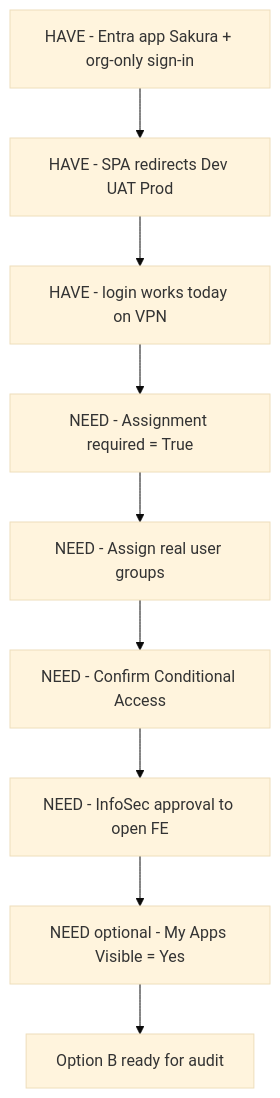
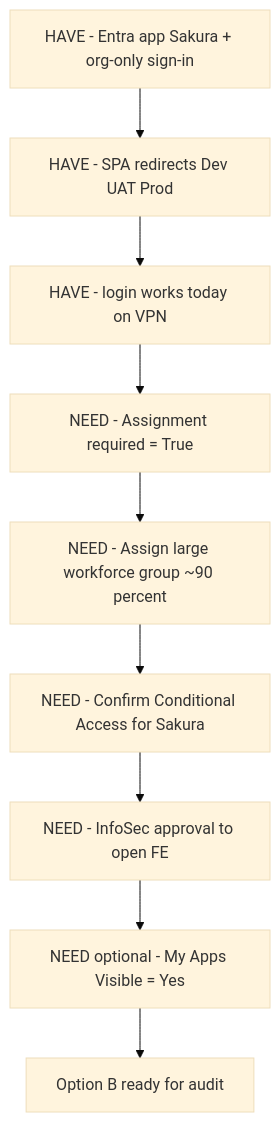
Before and after one commit to shashankdkte/dev-drop: the fourth of 9 diagrams in sakura-v2/public/fe1.md, drawn with Mermaid (base theme). The commit also changed other lines of this file, not shown here.

````diff
--- a/sakura-v2/public/fe1.md
+++ b/sakura-v2/public/fe1.md
@@ -72,12 +126,12 @@
 ```mermaid
 flowchart TB
   H1[HAVE - Entra app Sakura + org-only sign-in]
   H1 --> H2[HAVE - SPA redirects Dev UAT Prod]
   H2 --> H3[HAVE - login works today on VPN]
   H3 --> N1[NEED - Assignment required = True]
-  N1 --> N2[NEED - Assign real user groups]
-  N2 --> N3[NEED - Confirm Conditional Access]
+  N1 --> N2[NEED - Assign large workforce group ~90 percent]
+  N2 --> N3[NEED - Confirm Conditional Access for Sakura]
   N3 --> N4[NEED - InfoSec approval to open FE]
   N4 --> N5[NEED optional - My Apps Visible = Yes]
   N5 --> Done[Option B ready for audit]
 ```
````
